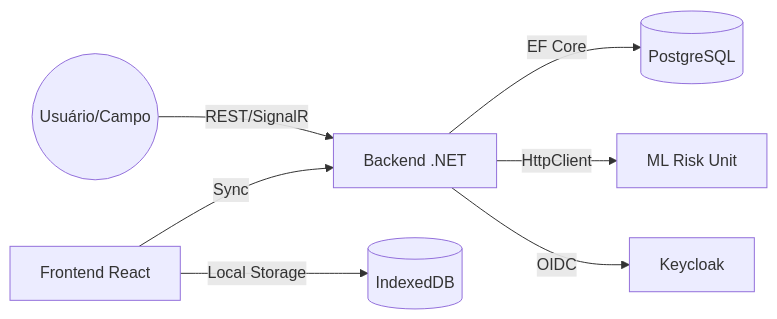
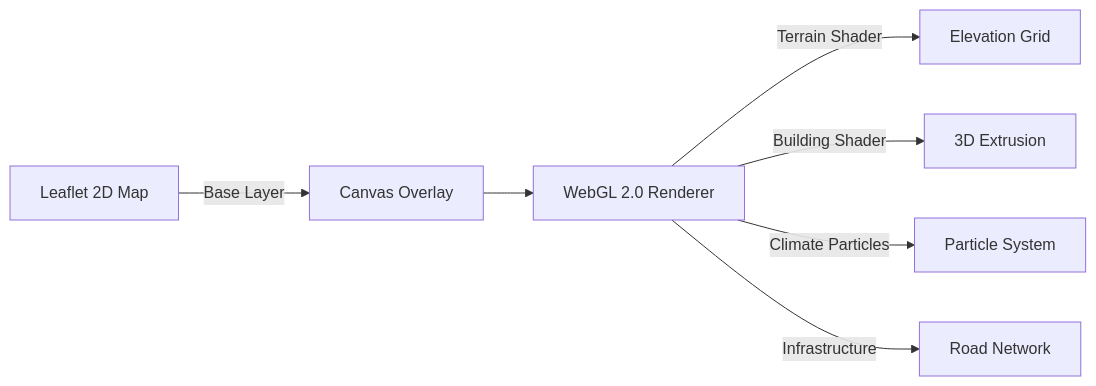
Before and after one commit to nhmatsumoto/mg_location: the second of 3 diagrams in docs/PROJECT_ARCHITECTURE.md, drawn with Mermaid. The commit also changed other lines of this file and 113 other files, not shown here.

Commit message:
feat: Implement new GIS services, GeoCentral API integration, WebGL map layers, and extensive UI components for enhanced simulation and tactical operations.

````diff
--- a/docs/PROJECT_ARCHITECTURE.md
+++ b/docs/PROJECT_ARCHITECTURE.md
@@ -79,9 +96,9 @@
 ```mermaid
 graph LR
-    User((Usuário/Campo)) -->|REST/SignalR| API[Backend .NET]
-    API -->|EF Core| DB[(PostgreSQL)]
-    API -->|HttpClient| ML[ML Risk Unit]
-    API -->|OIDC| KC[Keycloak]
-    PWA[Frontend React] -->|Local Storage| IDB[(IndexedDB)]
-    PWA -->|Sync| API
+    Leaflet[Leaflet 2D Map] -->|Base Layer| Canvas[Canvas Overlay]
+    Canvas --> WebGL[WebGL 2.0 Renderer]
+    WebGL -->|Terrain Shader| DEM[Elevation Grid]
+    WebGL -->|Building Shader| Buildings[3D Extrusion]
+    WebGL -->|Climate Particles| Weather[Particle System]
+    WebGL -->|Infrastructure| Roads[Road Network]
 ```
````
